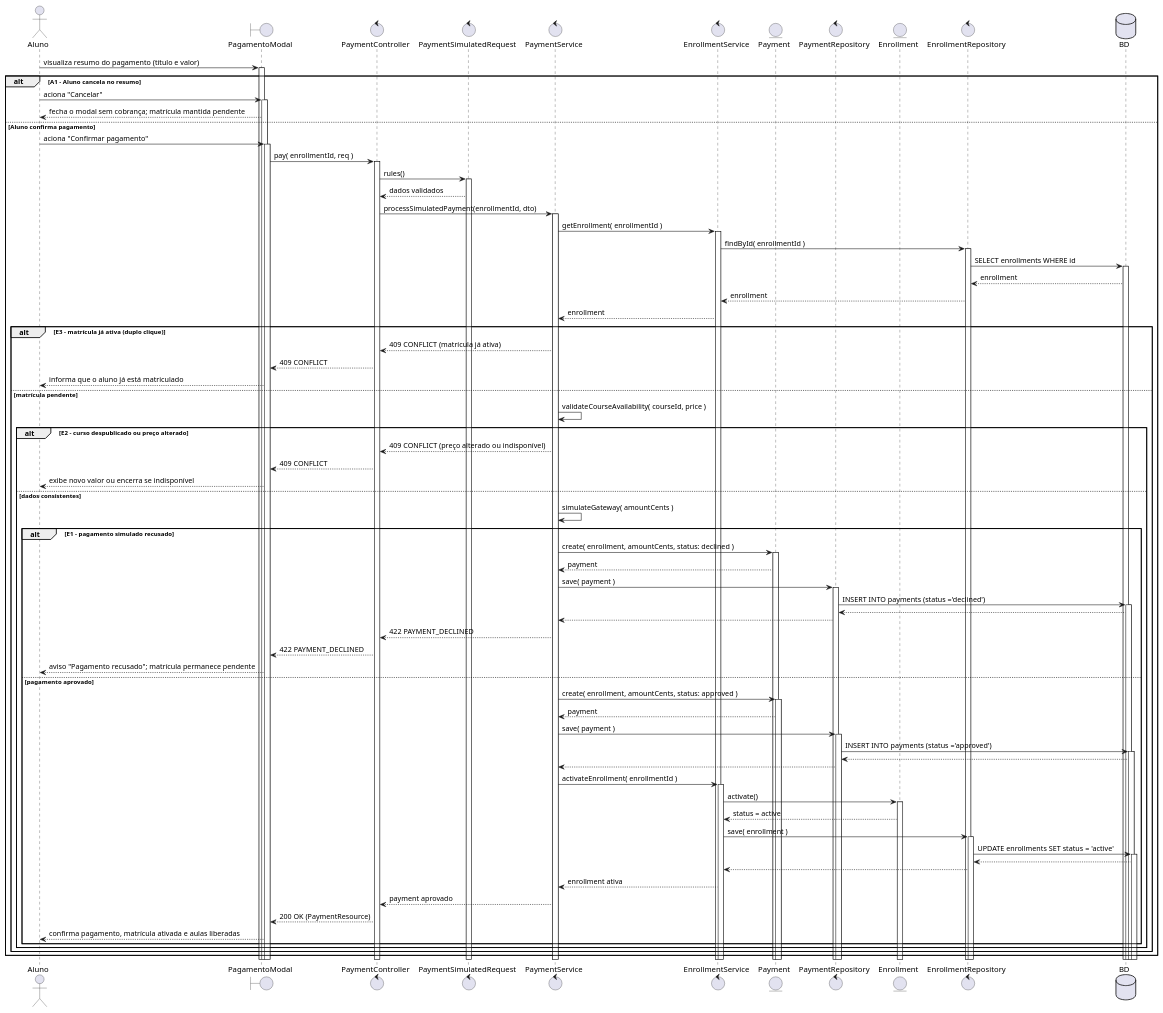
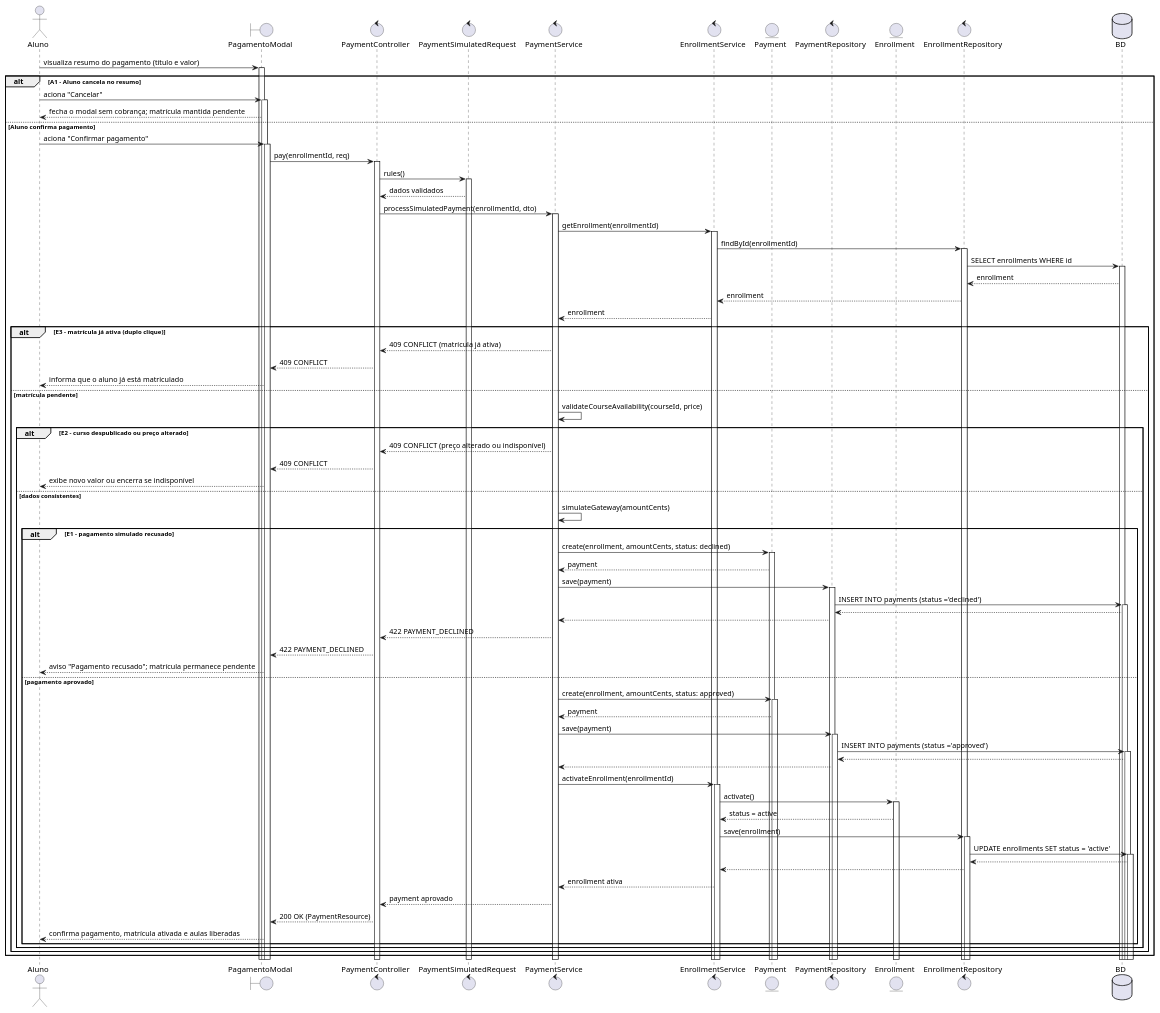
The diagram in scripts/drawio-seqgen/exemplos/14-sequencia-uc019.puml (Plataforma-de-Cursos-TCC/plataforma-cursos-docs), drawn with PlantUML before and after one commit. The commit also changed 17 other files, not shown here.

First line of the commit message:
docs(diagrama-de-sequencia): remove spaces inside call parentheses

```diff
--- a/scripts/drawio-seqgen/exemplos/14-sequencia-uc019.puml
+++ b/scripts/drawio-seqgen/exemplos/14-sequencia-uc019.puml
@@ -3,73 +3,73 @@
 @startuml 14-sequencia-uc019
 actor Aluno
 boundary PagamentoModal
 control PaymentController
 control PaymentSimulatedRequest
 control PaymentService
 control EnrollmentService
 entity Payment
 control PaymentRepository
 entity Enrollment
 control EnrollmentRepository
 database BD
 Aluno -> PagamentoModal ++ : visualiza resumo do pagamento (título e valor)
 alt A1 - Aluno cancela no resumo
 Aluno -> PagamentoModal ++ : aciona "Cancelar"
 PagamentoModal --> Aluno : fecha o modal sem cobrança; matrícula mantida pendente
 else Aluno confirma pagamento
 Aluno -> PagamentoModal ++ : aciona "Confirmar pagamento"
-PagamentoModal -> PaymentController ++ : pay( enrollmentId, req )
+PagamentoModal -> PaymentController ++ : pay(enrollmentId, req)
 PaymentController -> PaymentSimulatedRequest ++ : rules()
 PaymentSimulatedRequest --> PaymentController : dados validados
 PaymentController -> PaymentService ++ : processSimulatedPayment(enrollmentId, dto)
-PaymentService -> EnrollmentService ++ : getEnrollment( enrollmentId )
-EnrollmentService -> EnrollmentRepository ++ : findById( enrollmentId )
+PaymentService -> EnrollmentService ++ : getEnrollment(enrollmentId)
+EnrollmentService -> EnrollmentRepository ++ : findById(enrollmentId)
 EnrollmentRepository -> BD ++ : SELECT enrollments WHERE id
 BD --> EnrollmentRepository : enrollment
 EnrollmentRepository --> EnrollmentService : enrollment
 EnrollmentService --> PaymentService : enrollment
 alt E3 - matrícula já ativa (duplo clique)
 PaymentService --> PaymentController : 409 CONFLICT (matrícula já ativa)
 PaymentController --> PagamentoModal : 409 CONFLICT
 PagamentoModal --> Aluno : informa que o aluno já está matriculado
 else matrícula pendente
-PaymentService -> PaymentService : validateCourseAvailability( courseId, price )
+PaymentService -> PaymentService : validateCourseAvailability(courseId, price)
 alt E2 - curso despublicado ou preço alterado
 PaymentService --> PaymentController : 409 CONFLICT (preço alterado ou indisponível)
 PaymentController --> PagamentoModal : 409 CONFLICT
 PagamentoModal --> Aluno : exibe novo valor ou encerra se indisponível
 else dados consistentes
-PaymentService -> PaymentService : simulateGateway( amountCents )
+PaymentService -> PaymentService : simulateGateway(amountCents)
 alt E1 - pagamento simulado recusado
-PaymentService -> Payment ++ : create( enrollment, amountCents, status: declined )
+PaymentService -> Payment ++ : create(enrollment, amountCents, status: declined)
 Payment --> PaymentService : payment
-PaymentService -> PaymentRepository ++ : save( payment )
+PaymentService -> PaymentRepository ++ : save(payment)
 PaymentRepository -> BD ++ : INSERT INTO payments (status ='declined')
 BD --> PaymentRepository
 PaymentRepository --> PaymentService
 PaymentService --> PaymentController : 422 PAYMENT_DECLINED
 PaymentController --> PagamentoModal : 422 PAYMENT_DECLINED
 PagamentoModal --> Aluno : aviso "Pagamento recusado"; matrícula permanece pendente
 else pagamento aprovado
-PaymentService -> Payment ++ : create( enrollment, amountCents, status: approved )
+PaymentService -> Payment ++ : create(enrollment, amountCents, status: approved)
 Payment --> PaymentService : payment
-PaymentService -> PaymentRepository ++ : save( payment )
+PaymentService -> PaymentRepository ++ : save(payment)
 PaymentRepository -> BD ++ : INSERT INTO payments (status ='approved')
 BD --> PaymentRepository
 PaymentRepository --> PaymentService
-PaymentService -> EnrollmentService ++ : activateEnrollment( enrollmentId )
+PaymentService -> EnrollmentService ++ : activateEnrollment(enrollmentId)
 EnrollmentService -> Enrollment ++ : activate()
 Enrollment --> EnrollmentService : status = active
-EnrollmentService -> EnrollmentRepository ++ : save( enrollment )
+EnrollmentService -> EnrollmentRepository ++ : save(enrollment)
 EnrollmentRepository -> BD ++ : UPDATE enrollments SET status = 'active'
 BD --> EnrollmentRepository
 EnrollmentRepository --> EnrollmentService
 EnrollmentService --> PaymentService : enrollment ativa
 PaymentService --> PaymentController : payment aprovado
 PaymentController --> PagamentoModal : 200 OK (PaymentResource)
 PagamentoModal --> Aluno : confirma pagamento, matrícula ativada e aulas liberadas
 end
 end
 end
 end
 @enduml
```
